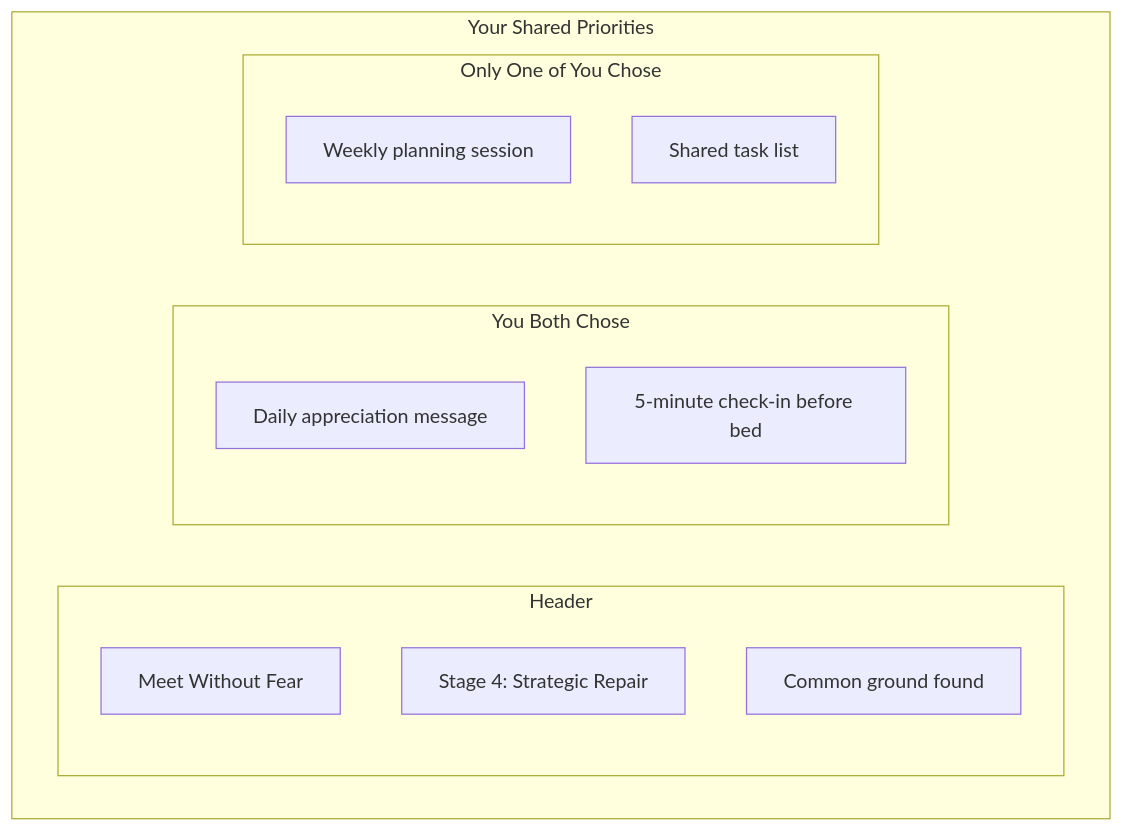
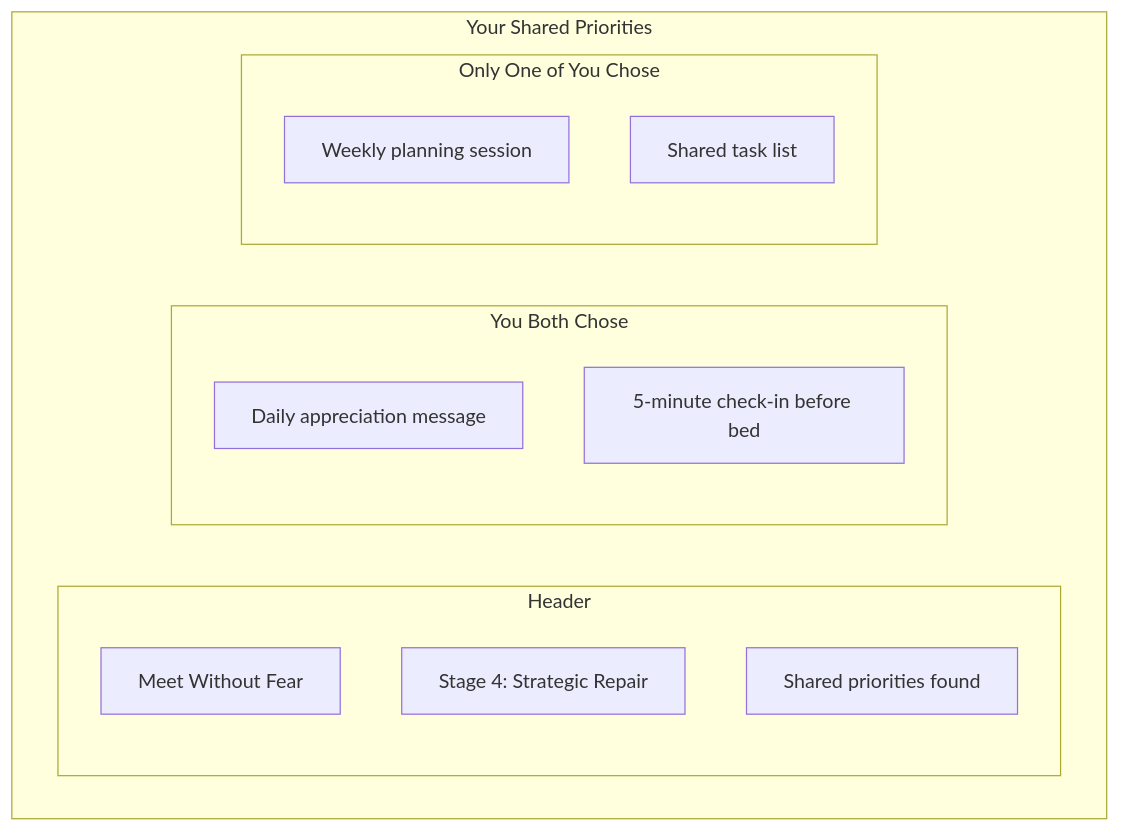
Before and after one commit to shantamg/meet-without-fear: the sixth of 7 diagrams in docs/product/stages/stage-4-strategic-repair.md, drawn with Mermaid. The commit also changed other lines of this file and 4 other files, not shown here.

````diff
--- a/docs/product/stages/stage-4-strategic-repair.md
+++ b/docs/product/stages/stage-4-strategic-repair.md
@@ -198,20 +198,20 @@
 ```mermaid
 flowchart TB
     subgraph Screen[Your Shared Priorities]
         subgraph Header[Header]
             Logo[Meet Without Fear]
             Stage[Stage 4: Strategic Repair]
-            Status[Common ground found]
+            Status[Shared priorities found]
         end
 
         subgraph Overlap[You Both Chose]
             Match1[Daily appreciation message]
             Match2[5-minute check-in before bed]
         end
 
         subgraph Unique[Only One of You Chose]
             Diff1[Weekly planning session]
             Diff2[Shared task list]
         end
     end
 ```
````
